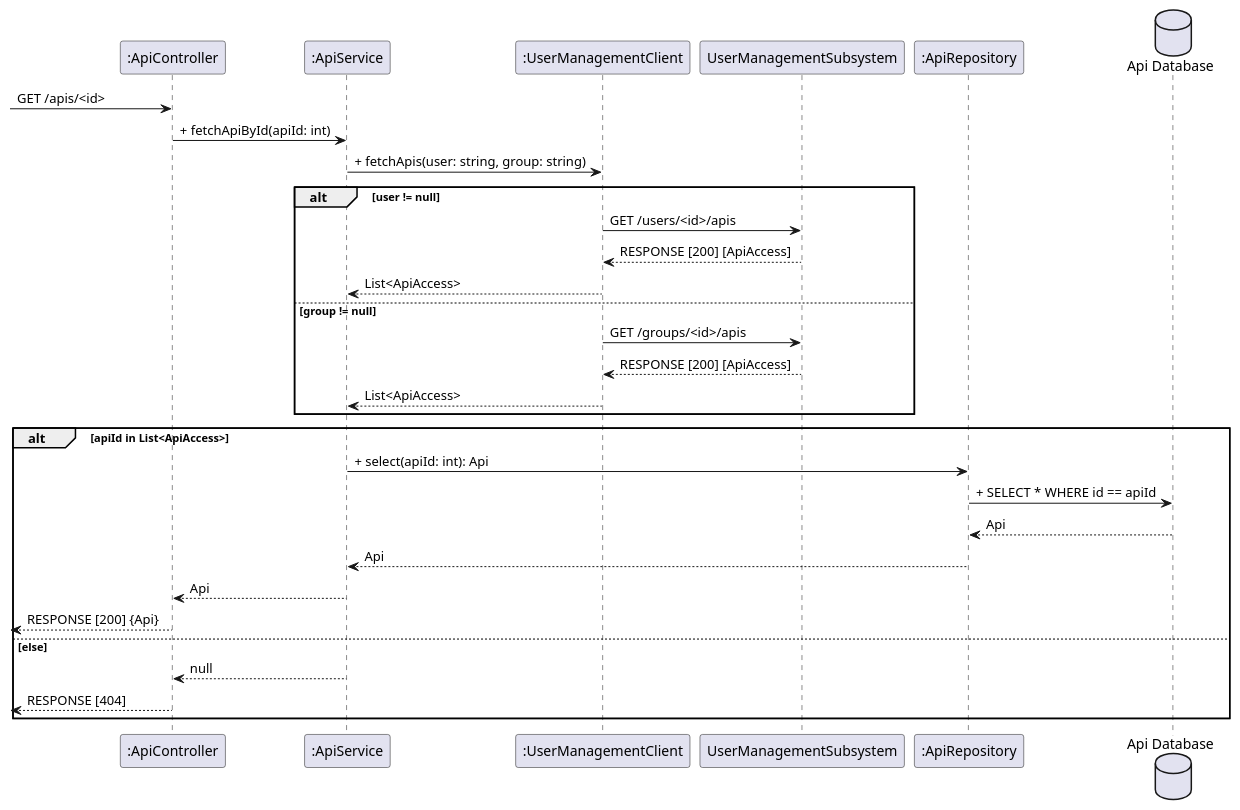
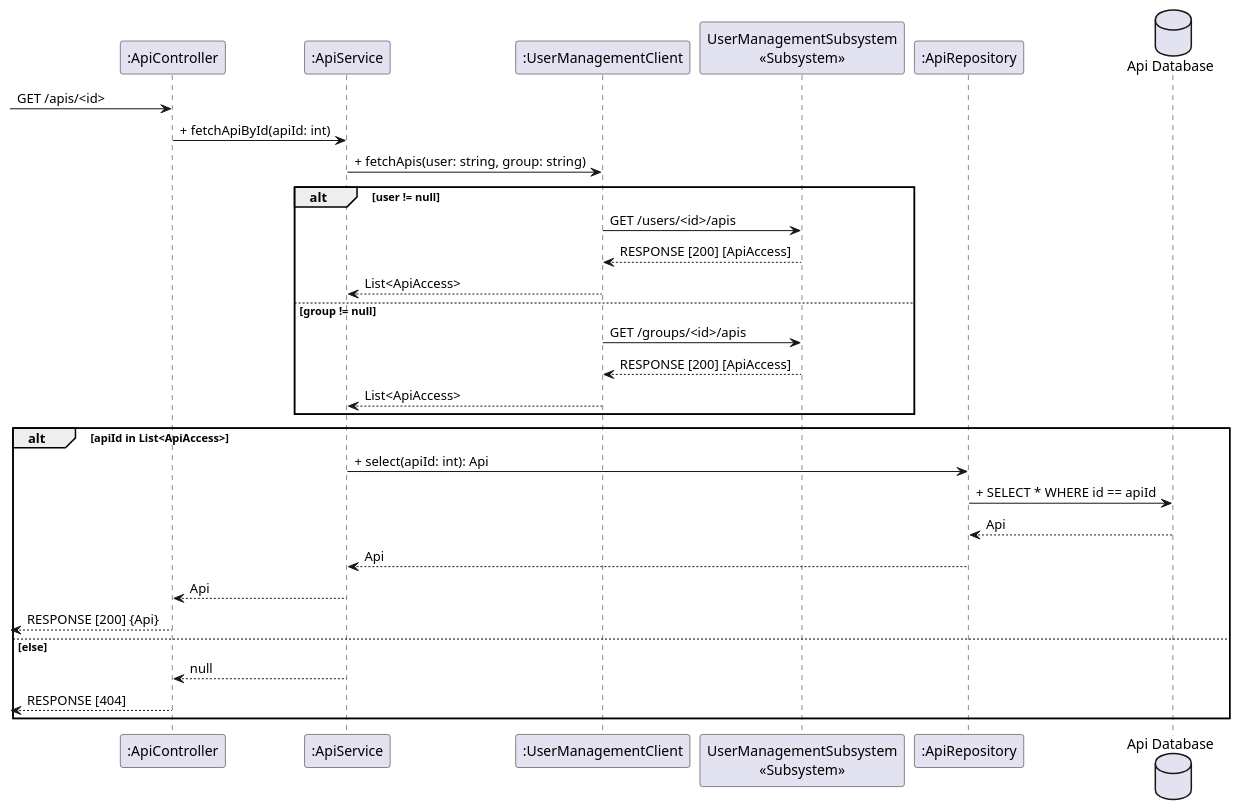
Before and after one commit to GroMoKoSo/GroMoKoSo-Meta: the diagram in docs/diagrams/runtime/api_management/api_get_api.puml, drawn with PlantUML. The commit also changed 1 other file, not shown here.

Commit message:
docs: add subsystem stereotypes

```diff
--- a/docs/diagrams/runtime/api_management/api_get_api.puml
+++ b/docs/diagrams/runtime/api_management/api_get_api.puml
@@ -1,36 +1,36 @@
 @startuml
 participant api_controller as ":ApiController"
 participant api_service as ":ApiService"
 participant user_management_client as ":UserManagementClient"
-participant user_management_subsystem as "UserManagementSubsystem"
+participant user_management_subsystem as "UserManagementSubsystem\n«Subsystem»"
 participant api_repository as ":ApiRepository"
 database api_database as "Api Database"
 
 -> api_controller: GET /apis/<id>
 
 api_controller -> api_service: + fetchApiById(apiId: int)
 api_service -> user_management_client: + fetchApis(user: string, group: string)
 
 alt user != null
     user_management_client -> user_management_subsystem: GET /users/<id>/apis
     user_management_client <-- user_management_subsystem: RESPONSE [200] [ApiAccess]
     api_service <-- user_management_client : List<ApiAccess>
 else group != null
     user_management_client -> user_management_subsystem: GET /groups/<id>/apis
     user_management_client <-- user_management_subsystem: RESPONSE [200] [ApiAccess]
     api_service <-- user_management_client : List<ApiAccess>
 end
 
 alt apiId in List<ApiAccess>
     api_service -> api_repository: + select(apiId: int): Api
     api_repository -> api_database: + SELECT * WHERE id == apiId
     api_database --> api_repository: Api
     api_repository --> api_service: Api
     api_service --> api_controller: Api
     <-- api_controller : RESPONSE [200] {Api}
 else else
     api_service --> api_controller: null
     <-- api_controller : RESPONSE [404]
 end
 
 @enduml
```
